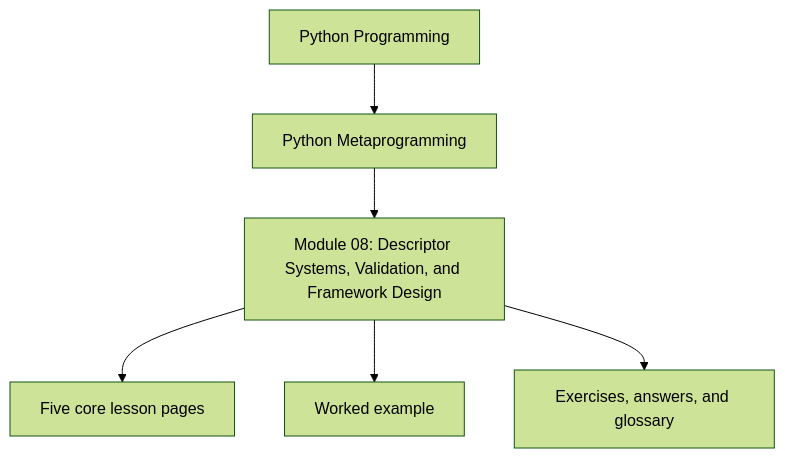
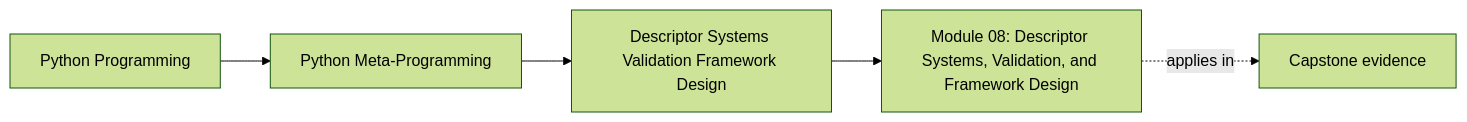
Before and after one commit to bijux/bijux-masterclass: the first of 2 diagrams in programs/python-programming/python-meta-programming/course-book/module-08-descriptor-systems-validation-framework-design/index.md, drawn with Mermaid (forest theme). The commit also changed other lines of this file and 91 other files, not shown here.

Commit message:
docs(python-meta-programming): map advanced runtime and capstone surfaces

````diff
--- a/programs/python-programming/python-meta-programming/course-book/module-08-descriptor-systems-validation-framework-design/index.md
+++ b/programs/python-programming/python-meta-programming/course-book/module-08-descriptor-systems-validation-framework-design/index.md
@@ -6,8 +6,11 @@
 ```mermaid
-flowchart TD
-  family["Python Programming"] --> program["Python Metaprogramming"]
-  program --> module["Module 08: Descriptor Systems, Validation, and Framework Design"]
-  module --> cores["Five core lesson pages"]
-  module --> example["Worked example"]
-  module --> practice["Exercises, answers, and glossary"]
+graph LR
+  family["Python Programming"]
+  program["Python Meta-Programming"]
+  section["Descriptor Systems Validation Framework Design"]
+  page["Module 08: Descriptor Systems, Validation, and Framework Design"]
+  capstone["Capstone evidence"]
+
+  family --> program --> section --> page
+  page -.applies in.-> capstone
 ```
````
